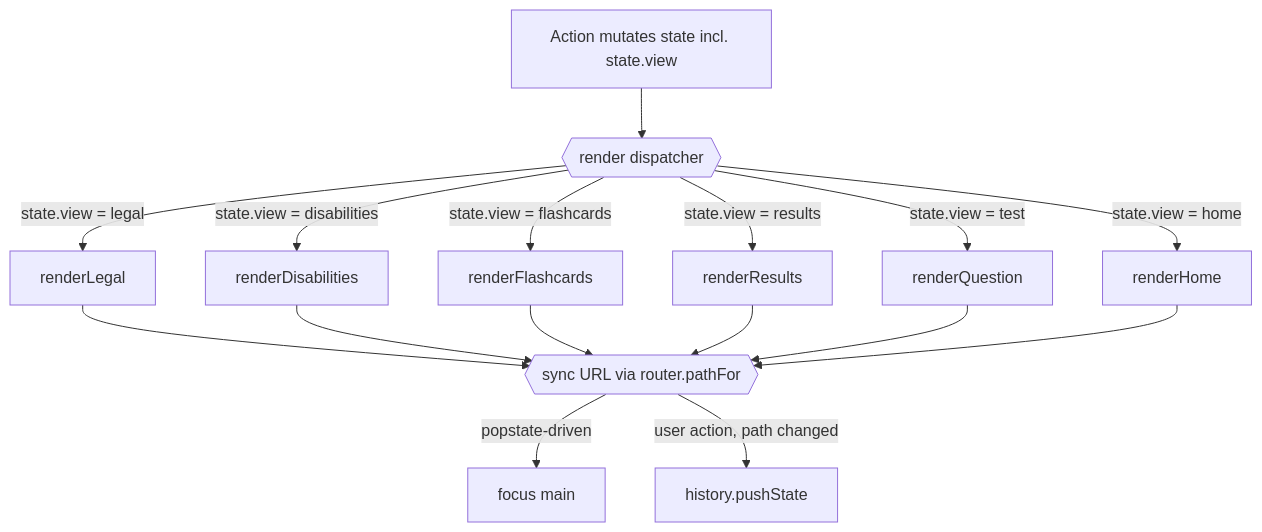
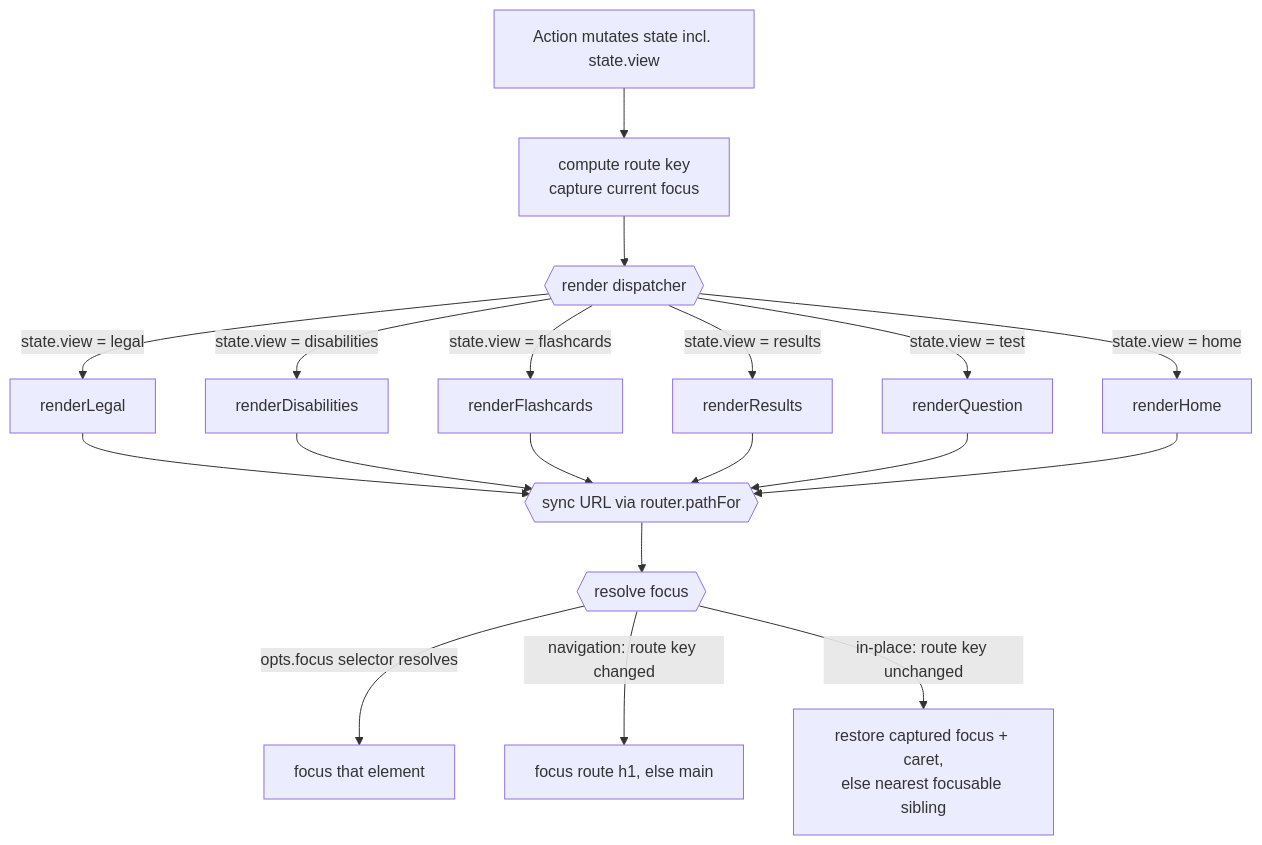
One commit to lucidsif/cpacc-exam-prep changed the second of 4 diagrams in ARCHITECTURE.md. Above: the diagram before and after it, drawn with Mermaid. The commit also changed other lines of this file and 22 other files, not shown here.

````diff
--- a/ARCHITECTURE.md
+++ b/ARCHITECTURE.md
@@ -68,22 +68,25 @@
 ```mermaid
 flowchart TD
   accTitle: Render dispatcher decision tree
-  accDescr: render() switches on the explicit state.view field to one of six views. After rendering, it syncs the URL hash to match state via the router module, unless the render was itself driven by a popstate event, in which case it moves focus to main instead of pushing a new history entry. After every state mutation, render() is called again.
+  accDescr: render(opts) computes a route key from view, question index, and reference category, and captures the currently focused element, before switching on the explicit state.view field to one of six views. After rendering and syncing the URL hash, it resolves focus in priority order — an explicit opts.focus selector wins if it resolves; otherwise a route-key change moves focus to the destination's own h1, falling back to main; otherwise the captured focus and caret position are restored, falling back to the nearest focusable sibling if the original control became disabled by this same render. After every state mutation, render() is called again.
 
   A[Action mutates state incl. state.view]
-  A --> R{{render dispatcher}}
+  A --> KEY[compute route key<br/>capture current focus]
+  KEY --> R{{render dispatcher}}
   R -->|state.view = legal| L[renderLegal]
   R -->|state.view = disabilities| D[renderDisabilities]
   R -->|state.view = flashcards| F[renderFlashcards]
   R -->|state.view = results| RR[renderResults]
   R -->|state.view = test| Q[renderQuestion]
   R -->|state.view = home| H[renderHome]
   L --> SYNC{{sync URL via router.pathFor}}
   D --> SYNC
   F --> SYNC
   RR --> SYNC
   Q --> SYNC
   H --> SYNC
-  SYNC -->|popstate-driven| FOCUS[focus main]
-  SYNC -->|user action, path changed| PUSH[history.pushState]
+  SYNC --> FOCUS{{resolve focus}}
+  FOCUS -->|opts.focus selector resolves| FE[focus that element]
+  FOCUS -->|navigation: route key changed| FR[focus route h1, else main]
+  FOCUS -->|in-place: route key unchanged| FC[restore captured focus + caret,<br/>else nearest focusable sibling]
 ```
````
